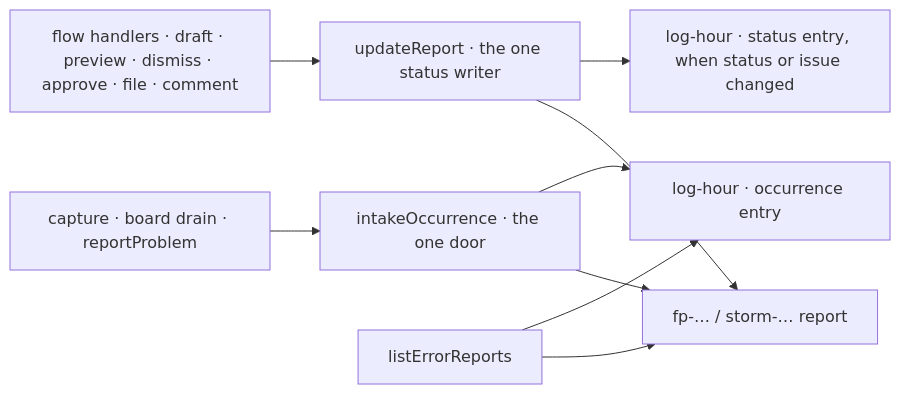
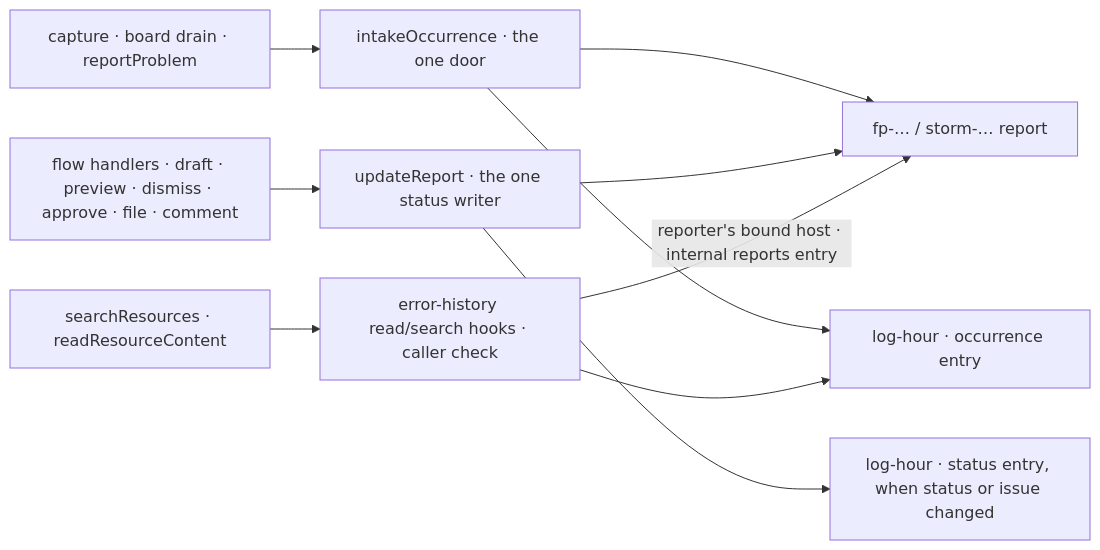
Before and after one commit to fixpoint-labs/flow-state-dev: the third of 3 diagrams in specs/issues/FIX-2793/SPEC.md, drawn with Mermaid. The commit also changed other lines of this file and 3 other files, not shown here.

First line of the commit message:
spec(FIX-2793): read the history with general resource tools over a projected view

````diff
--- a/specs/issues/FIX-2793/SPEC.md
+++ b/specs/issues/FIX-2793/SPEC.md
@@ -117,11 +121,12 @@
 ```mermaid
 flowchart LR
   A["capture · board drain · reportProblem"] --> IN["intakeOccurrence · the one door"]
   IN --> REP["fp-… / storm-… report"]
   IN --> LOG["log-hour · occurrence entry"]
   F["flow handlers · draft · preview · dismiss · approve · file · comment"] --> UR["updateReport · the one status writer"]
   UR --> REP
   UR --> LOG2["log-hour · status entry, when status or issue changed"]
-  T["listErrorReports"] --> REP
-  T --> LOG
+  T["searchResources · readResourceContent"] --> H["error-history read/search hooks · caller check"]
+  H -->|"reporter's bound host · internal reports entry"| REP
+  H --> LOG
 ```
````
